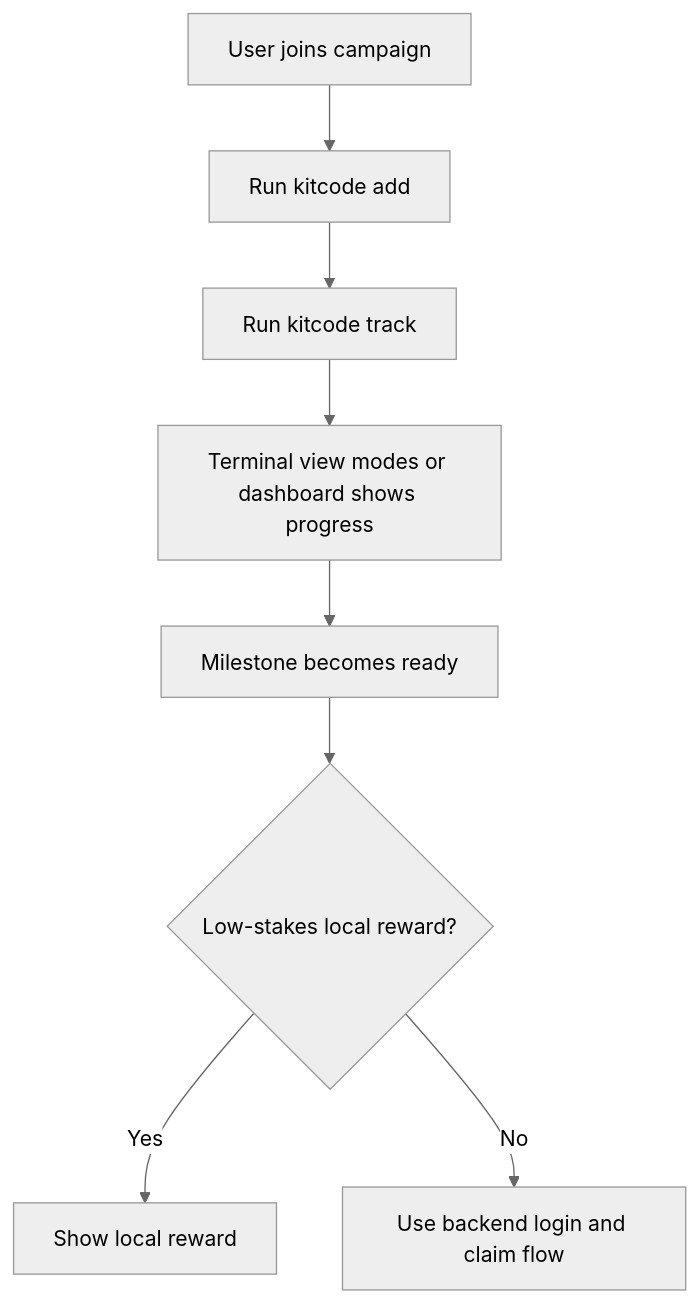
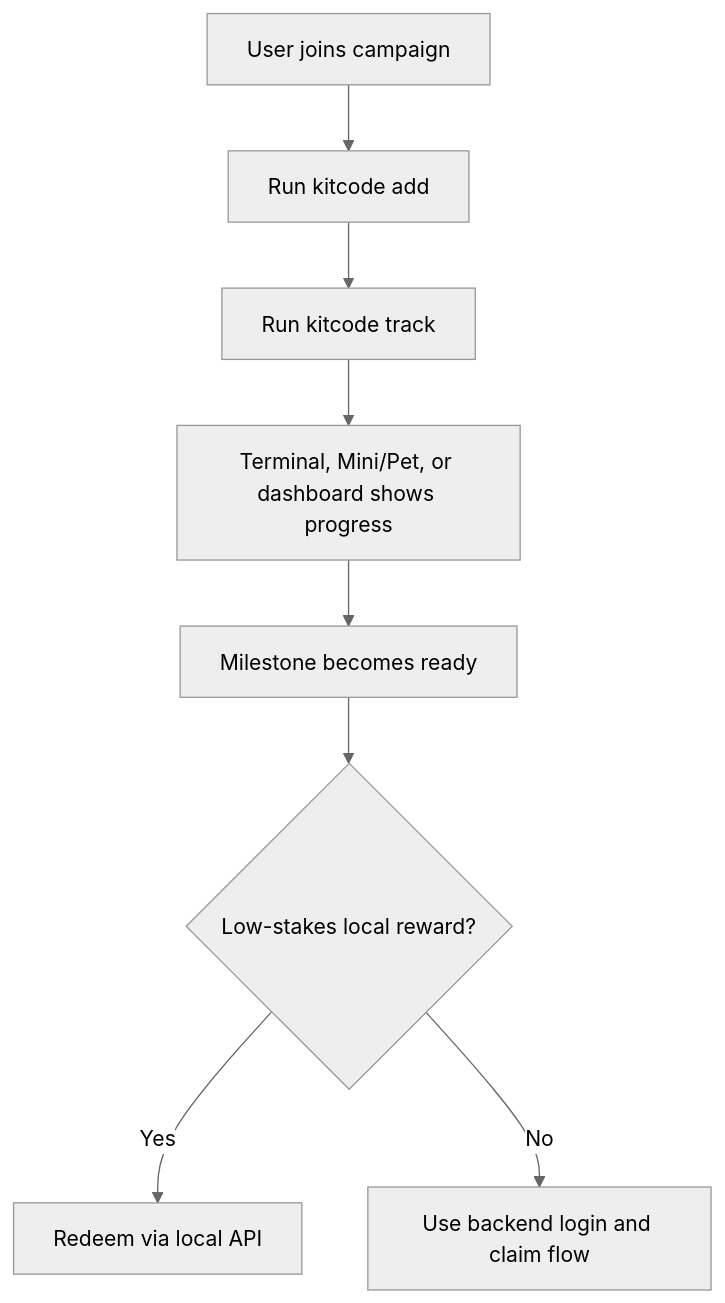
One commit to onedigitas/kit-code changed the first of 2 diagrams in README.md. Above: the diagram before and after it, drawn with Mermaid (neutral theme). The commit also changed other lines of this file and 2 other files, not shown here.

````diff
--- a/README.md
+++ b/README.md
@@ -219,10 +256,10 @@
 ```mermaid
 flowchart TD
   A["User joins campaign"] --> B["Run kitcode add"]
   B --> C["Run kitcode track"]
-  C --> D["Terminal view modes or dashboard shows progress"]
+  C --> D["Terminal, Mini/Pet, or dashboard shows progress"]
   D --> E["Milestone becomes ready"]
   E --> F{"Low-stakes local reward?"}
-  F -->|Yes| G["Show local reward"]
+  F -->|Yes| G["Redeem via local API"]
   F -->|No| H["Use backend login and claim flow"]
 ```
````
